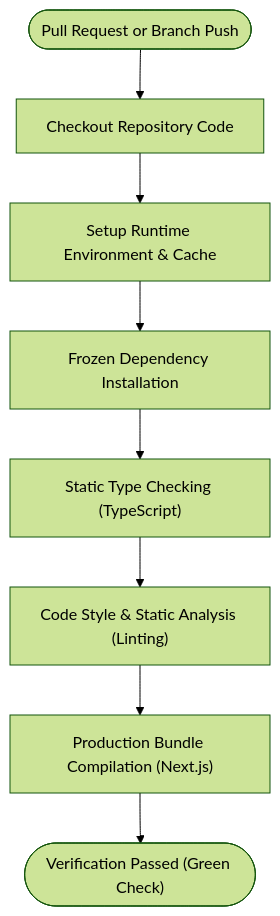
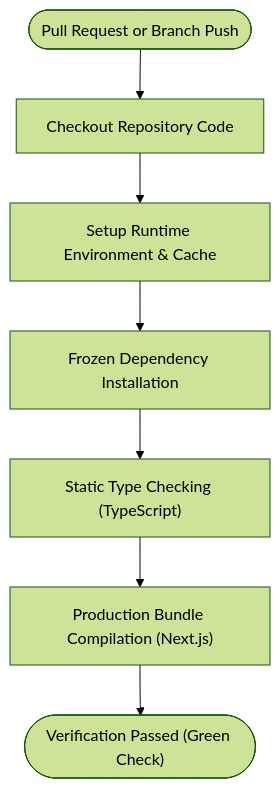
One commit to akowynia/vane-community changed the diagram in docs/architecture/PULL_REQUEST_VERIFICATION_PIPELINE.md. Above: the diagram before and after it, drawn with Mermaid (forest theme). The commit also changed other lines of this file and 1 other file, not shown here.

Commit message:
refactor: remove linting step from PR verification pipeline and documentation

````diff
--- a/docs/architecture/PULL_REQUEST_VERIFICATION_PIPELINE.md
+++ b/docs/architecture/PULL_REQUEST_VERIFICATION_PIPELINE.md
@@ -23,10 +23,9 @@
 ```mermaid
 flowchart TD
     Trigger(["Pull Request or Branch Push"]) --> Checkout["Checkout Repository Code"]
     Checkout --> SetupEnv["Setup Runtime Environment & Cache"]
     SetupEnv --> Install["Frozen Dependency Installation"]
     Install --> Typecheck["Static Type Checking (TypeScript)"]
-    Typecheck --> Lint["Code Style & Static Analysis (Linting)"]
-    Lint --> Build["Production Bundle Compilation (Next.js)"]
+    Typecheck --> Build["Production Bundle Compilation (Next.js)"]
     Build --> Complete(["Verification Passed (Green Check)"])
 ```
````
